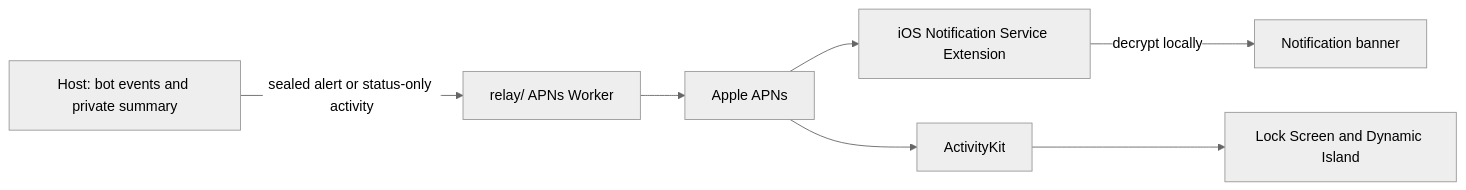
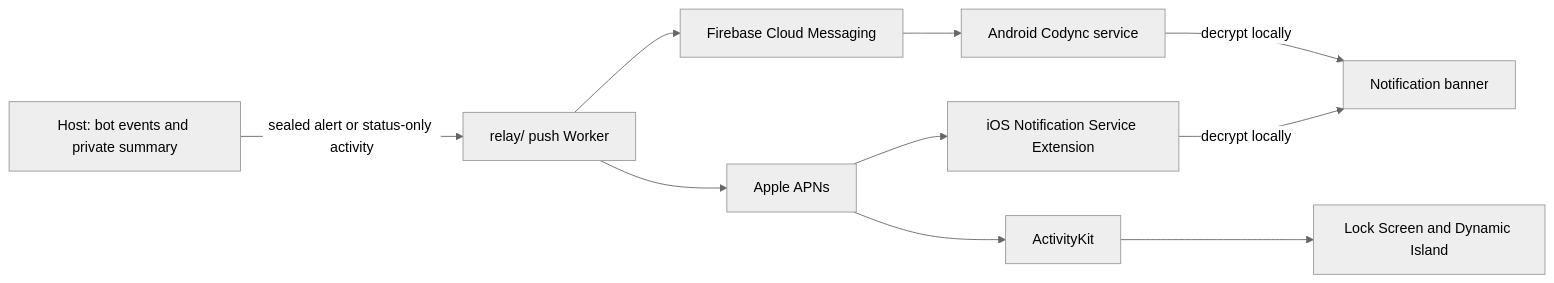
The diagram in docs/design/push-and-live-activity.md (Ali120B/codyncRe), drawn with Mermaid (neutral theme) before and after one commit. The commit also changed other lines of this file and 78 other files, not shown here.

````diff
--- a/docs/design/push-and-live-activity.md
+++ b/docs/design/push-and-live-activity.md
@@ -26,9 +26,12 @@
 ```mermaid
 flowchart LR
-    H[Host: bot events and private summary] -->|sealed alert or status-only activity| W[relay/ APNs Worker]
+    H[Host: bot events and private summary] -->|sealed alert or status-only activity| W[relay/ push Worker]
     W --> A[Apple APNs]
     A --> N[iOS Notification Service Extension]
     N -->|decrypt locally| B[Notification banner]
+    W --> F[Firebase Cloud Messaging]
+    F --> D[Android Codync service]
+    D -->|decrypt locally| B
     A --> K[ActivityKit]
     K --> L[Lock Screen and Dynamic Island]
 ```
````
